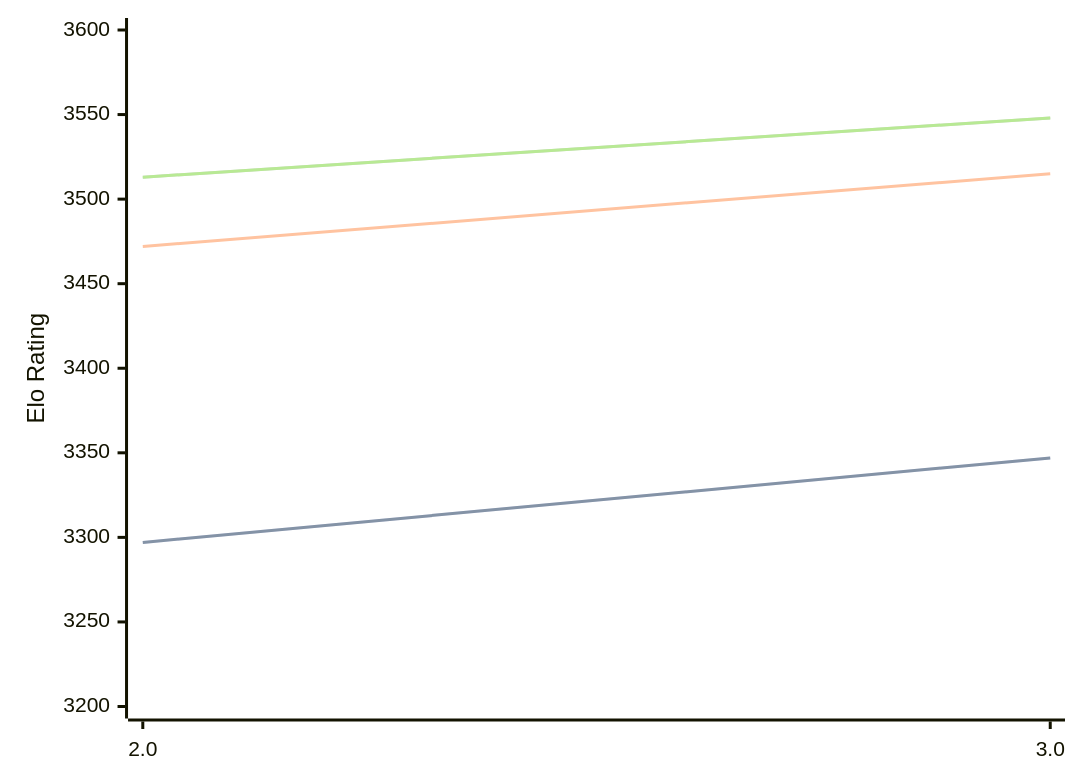
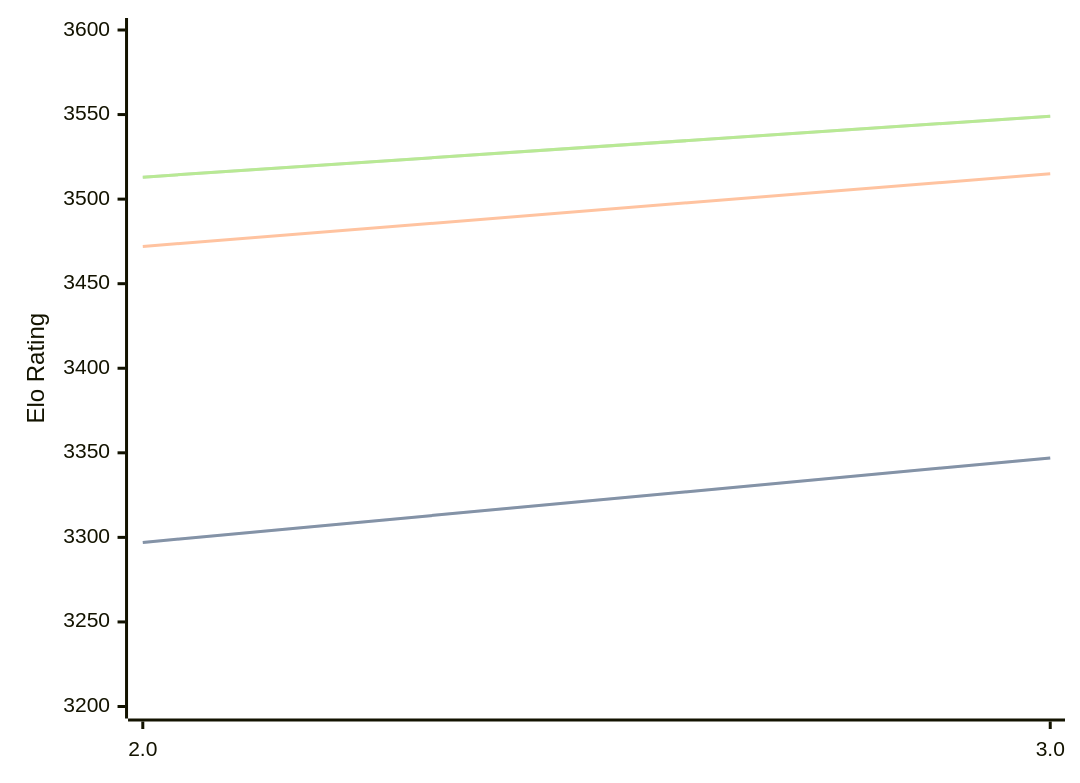
One commit to computer-chess-index/cci changed the diagram in engines/Quanticade.md. Above: the diagram before and after it, drawn with Mermaid. The commit also changed other lines of this file, not shown here.

Commit message:
Update CCI Ratings (ELO VLTC) - 2026-08-28

````diff
--- a/engines/Quanticade.md
+++ b/engines/Quanticade.md
@@ -32,11 +32,11 @@
 ```mermaid
 %%{init: {"theme":"base","themeVariables":{"seriesColors:['#a3a3a3','#222221','#faa371']}}}%%
 xychart-beta
   x-axis ["2.0", "3.0"]
   y-axis "Elo Rating" 3200 --> 3600
   line "" [3297, 3347]
   line "STC (8.0+0.08s)" [3297, 3347]
   line "LTC (60.0+0.60s)" [3472, 3515]
-  line "" [3513, 3548]
-  line "VLTC (2m24s+1.12s)" [3513, 3548]
+  line "" [3513, 3549]
+  line "VLTC (2m24s+1.12s)" [3513, 3549]
 ```
````
